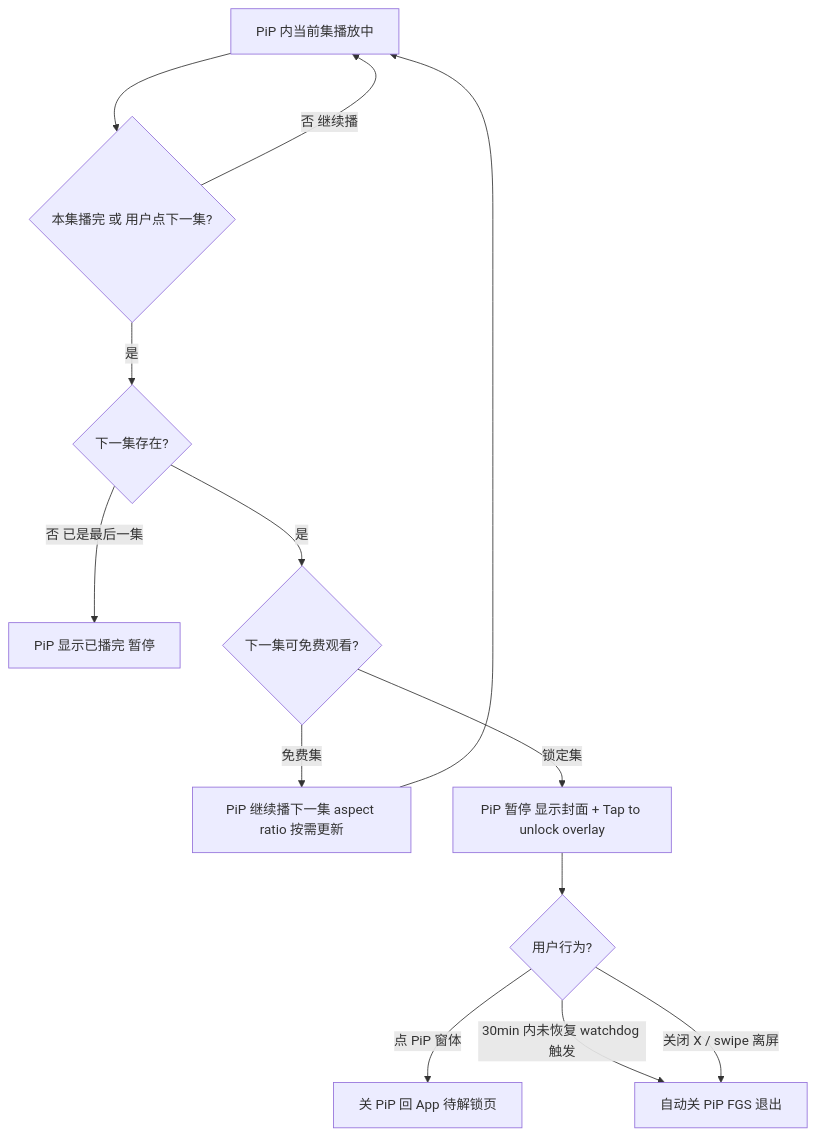
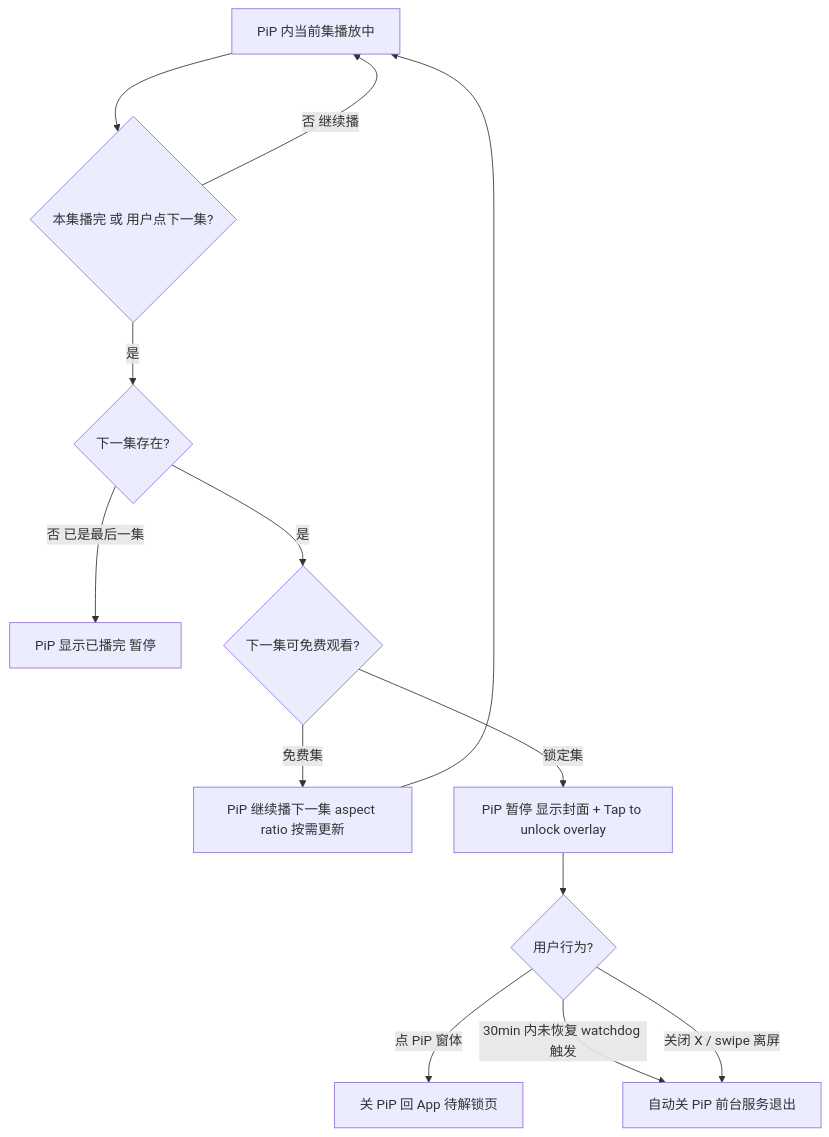
Before and after one commit to king460357/ff-app-prd: the second of 2 diagrams in docs/20260529/PRD/画中画/20260529_画中画_PRD.md, drawn with Mermaid. The commit also changed other lines of this file and 2 other files, not shown here.

First line of the commit message:
docs(画中画 PRD): 全文 FGS → 前台服务（共 41 处）+ 清理重复 + 修复缺空格

````diff
--- a/docs/20260529/PRD/画中画/20260529_画中画_PRD.md
+++ b/docs/20260529/PRD/画中画/20260529_画中画_PRD.md
@@ -84,15 +84,15 @@
 ```mermaid
 flowchart TD
-  B0[PiP 内当前集播放中] --> B1{本集播完 或 用户点下一集?}
-  B1 -->|否 继续播| B0
-  B1 -->|是| B2{下一集存在?}
-  B2 -->|否 已是最后一集| B3[PiP 显示已播完 暂停]
-  B2 -->|是| B4{下一集可免费观看?}
-  B4 -->|免费集| B5[PiP 继续播下一集 aspect ratio 按需更新]
-  B5 --> B0
-  B4 -->|锁定集| B6[PiP 暂停 显示封面 + Tap to unlock overlay]
-  B6 --> B7{用户行为?}
-  B7 -->|点 PiP 窗体| B8[关 PiP 回 App 待解锁页]
-  B7 -->|30min 内未恢复 watchdog 触发| B9[自动关 PiP FGS 退出]
-  B7 -->|关闭 X / swipe 离屏| B9
+ B0[PiP 内当前集播放中] --> B1{本集播完 或 用户点下一集?}
+ B1 -->|否 继续播| B0
+ B1 -->|是| B2{下一集存在?}
+ B2 -->|否 已是最后一集| B3[PiP 显示已播完 暂停]
+ B2 -->|是| B4{下一集可免费观看?}
+ B4 -->|免费集| B5[PiP 继续播下一集 aspect ratio 按需更新]
+ B5 --> B0
+ B4 -->|锁定集| B6[PiP 暂停 显示封面 + Tap to unlock overlay]
+ B6 --> B7{用户行为?}
+ B7 -->|点 PiP 窗体| B8[关 PiP 回 App 待解锁页]
+ B7 -->|30min 内未恢复 watchdog 触发| B9[自动关 PiP 前台服务退出]
+ B7 -->|关闭 X / swipe 离屏| B9
 ```
````
